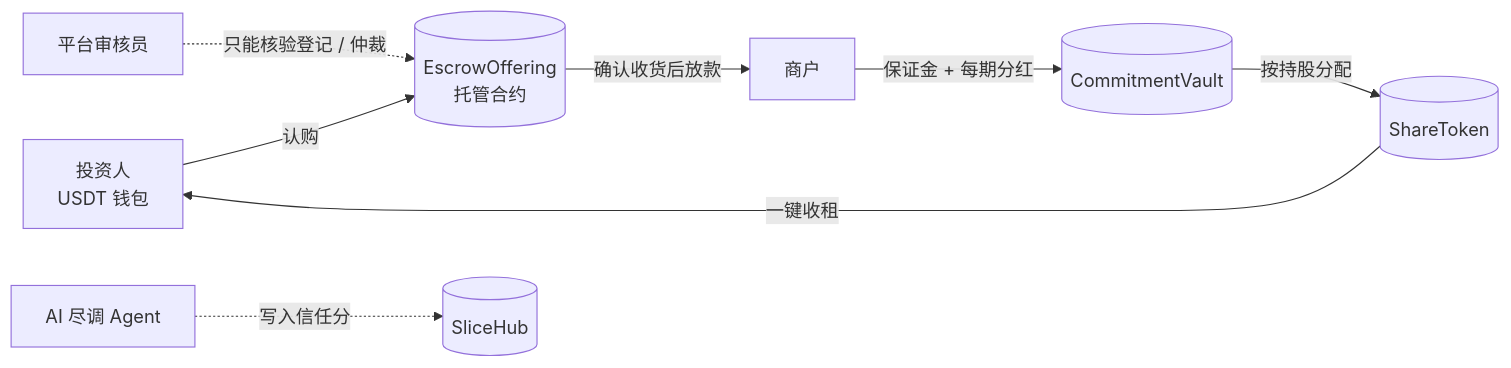
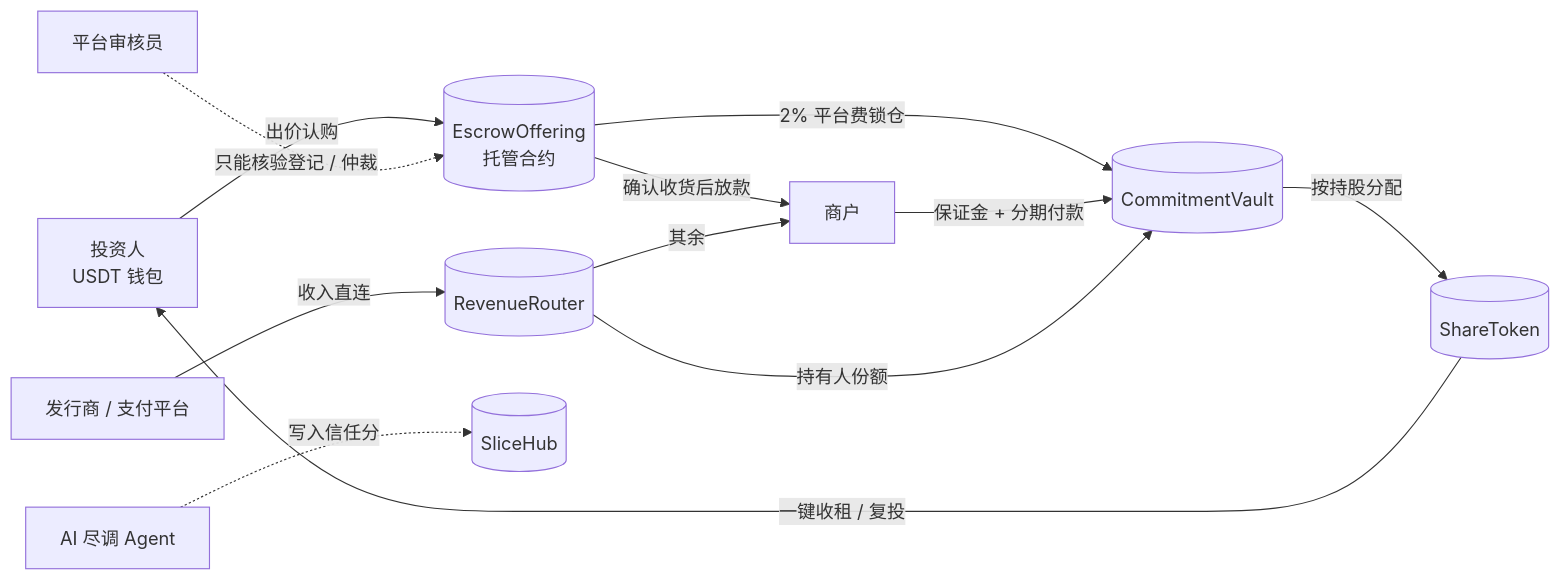
The diagram in slice/docs/PRODUCT.md (wenjun19711022-cpu/human-api), drawn with Mermaid before and after one commit. The commit also changed other lines of this file and 41 other files, not shown here.

````diff
--- a/slice/docs/PRODUCT.md
+++ b/slice/docs/PRODUCT.md
@@ -28,10 +32,14 @@
 ```mermaid
 flowchart LR
-  I[投资人<br/>USDT 钱包] -- 认购 --> E[(EscrowOffering<br/>托管合约)]
+  I[投资人<br/>USDT 钱包] -- 出价认购 --> E[(EscrowOffering<br/>托管合约)]
   E -- 确认收货后放款 --> M[商户]
-  M -- 保证金 + 每期分红 --> V[(CommitmentVault)]
+  E -- 2% 平台费锁仓 --> V
+  M -- 保证金 + 分期付款 --> V[(CommitmentVault)]
+  X[发行商 / 支付平台] -- 收入直连 --> R[(RevenueRouter)]
+  R -- 持有人份额 --> V
+  R -- 其余 --> M
   V -- 按持股分配 --> T[(ShareToken)]
-  T -- 一键收租 --> I
+  T -- 一键收租 / 复投 --> I
   P[平台审核员] -. 只能核验登记 / 仲裁 .-> E
   A[AI 尽调 Agent] -. 写入信任分 .-> H[(SliceHub)]
 ```
````
